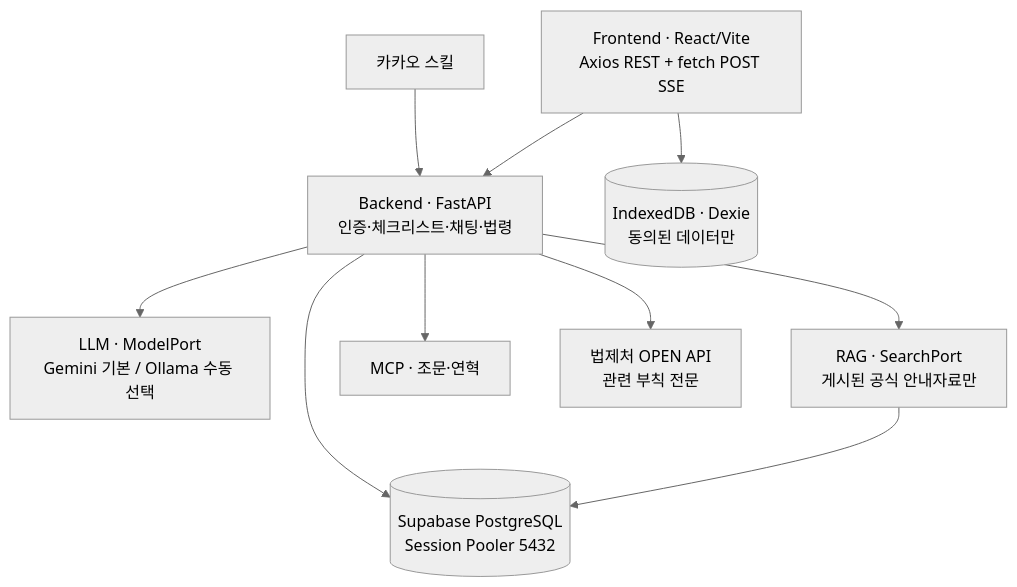
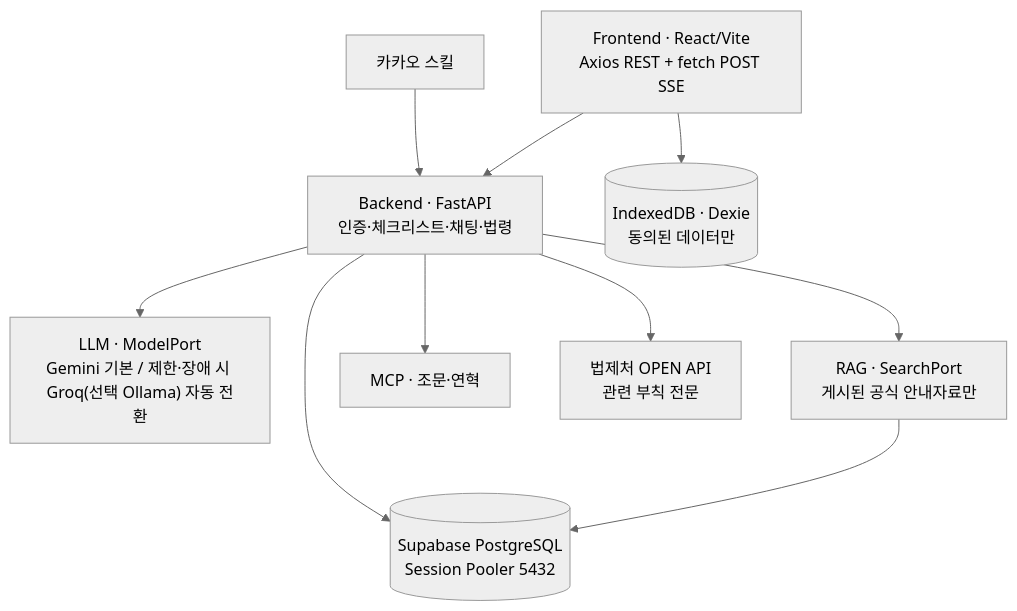
Before and after one commit to ddalggagclick/starter-kit: the first of 2 diagrams in docs/ARCHITECTURE.md, drawn with Mermaid (neutral theme). The commit also changed other lines of this file and 10 other files, not shown here.

````diff
--- a/docs/ARCHITECTURE.md
+++ b/docs/ARCHITECTURE.md
@@ -12,12 +12,12 @@
 ```mermaid
 flowchart TD
     K[카카오 스킬] --> BE
     FE["Frontend · React/Vite<br/>Axios REST + fetch POST SSE"] --> BE["Backend · FastAPI<br/>인증·체크리스트·채팅·법령"]
-    BE --> LM["LLM · ModelPort<br/>Gemini 기본 / Ollama 수동 선택"]
+    BE --> LM["LLM · ModelPort<br/>Gemini 기본 / 제한·장애 시 Groq(선택 Ollama) 자동 전환"]
     BE --> RA["RAG · SearchPort<br/>게시된 공식 안내자료만"]
     BE --> MO[MCP · 조문·연혁]
     BE --> OP["법제처 OPEN API<br/>관련 부칙 전문"]
     BE --> PG[("Supabase PostgreSQL<br/>Session Pooler 5432")]
     RA --> PG
     FE --> IDB[("IndexedDB · Dexie<br/>동의된 데이터만")]
 ```
````
